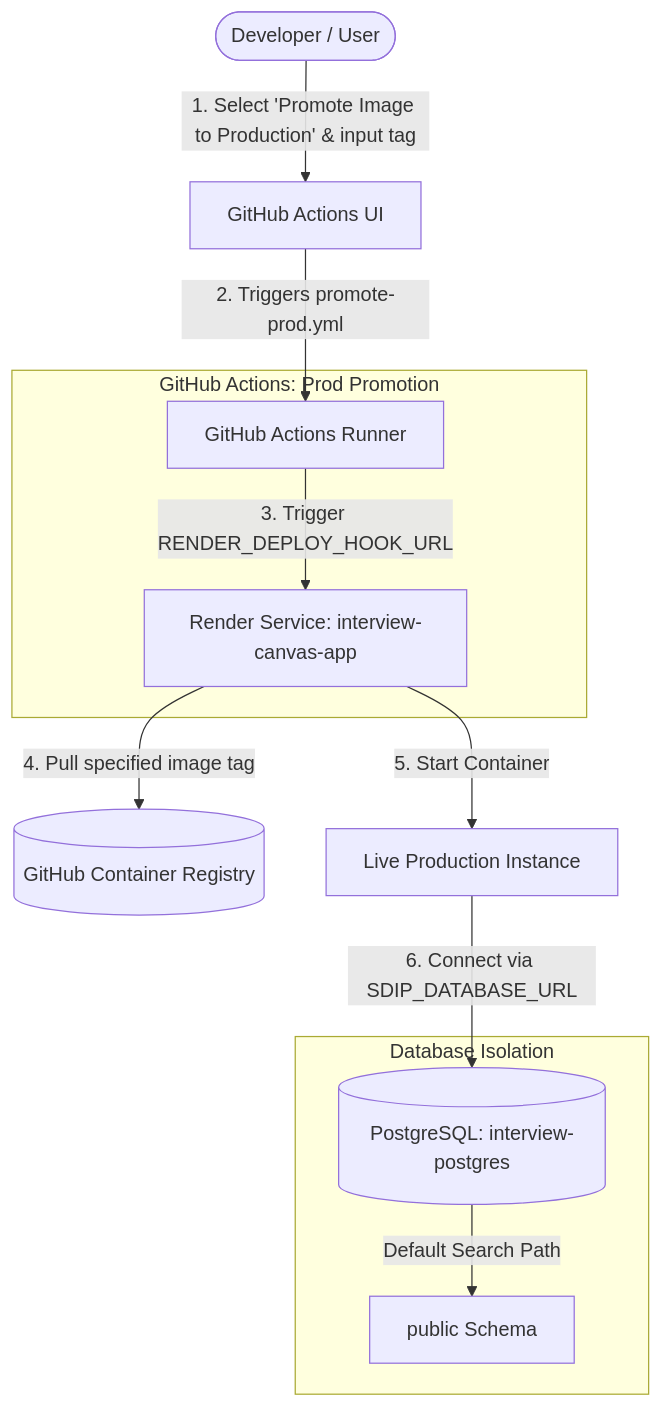
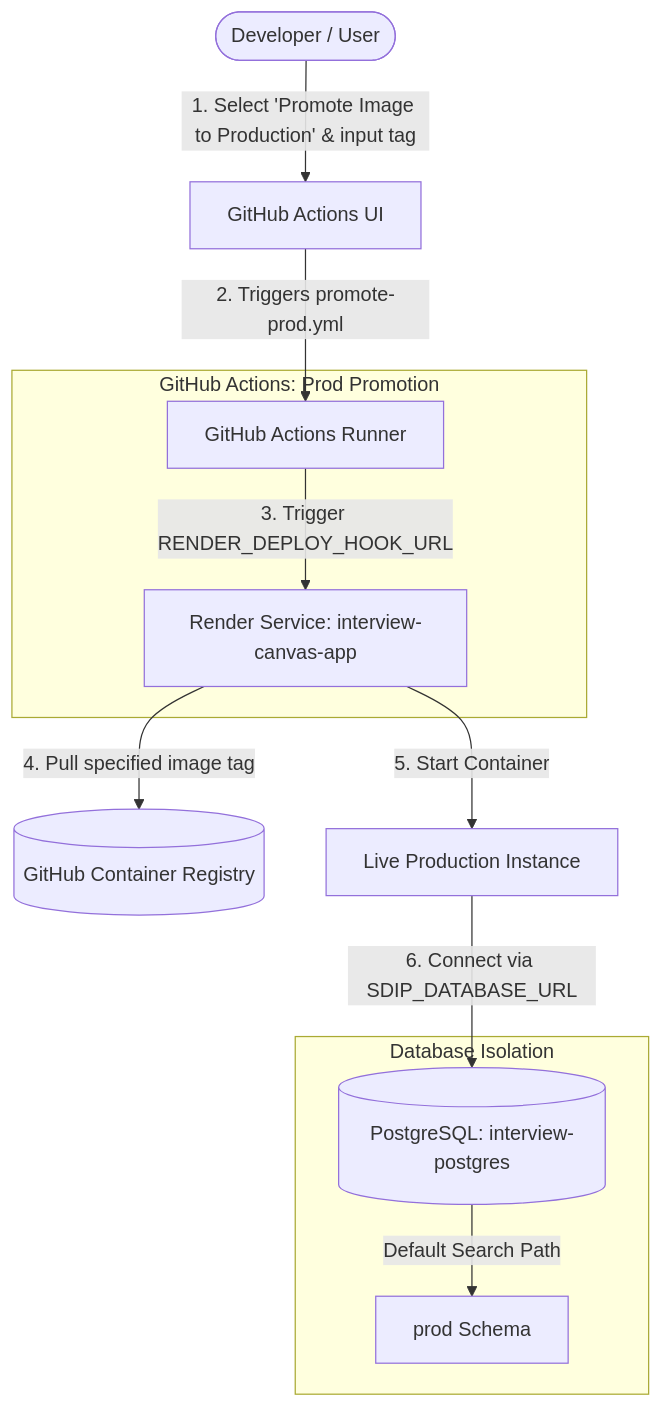
One commit to SabaYahyaa/interview-canvas-share-training-dev-tools-zoomcamp changed the second of 2 diagrams in README.md. Above: the diagram before and after it, drawn with Mermaid. The commit also changed other lines of this file and 14 other files, not shown here.

````diff
--- a/README.md
+++ b/README.md
@@ -277,17 +126,17 @@
 ```mermaid
 flowchart TD
     User([Developer / User]) -->|1. Select 'Promote Image to Production' & input tag| GHUI[GitHub Actions UI]
     GHUI -->|2. Triggers promote-prod.yml| GHRunnerProd[GitHub Actions Runner]
     
     subgraph GHActionsProd [GitHub Actions: Prod Promotion]
         GHRunnerProd -->|3. Trigger RENDER_DEPLOY_HOOK_URL| RenderProd[Render Service: interview-canvas-app]
     end
     
     RenderProd -->|4. Pull specified image tag| GHCR[(GitHub Container Registry)]
     RenderProd -->|5. Start Container| ProdContainer[Live Production Instance]
     ProdContainer -->|6. Connect via SDIP_DATABASE_URL| DB[(PostgreSQL: interview-postgres)]
     
     subgraph SchemaProd [Database Isolation]
-        DB -->|Default Search Path| PublicSchema[public Schema]
+        DB -->|Default Search Path| ProdSchema[prod Schema]
     end
 ```
````
